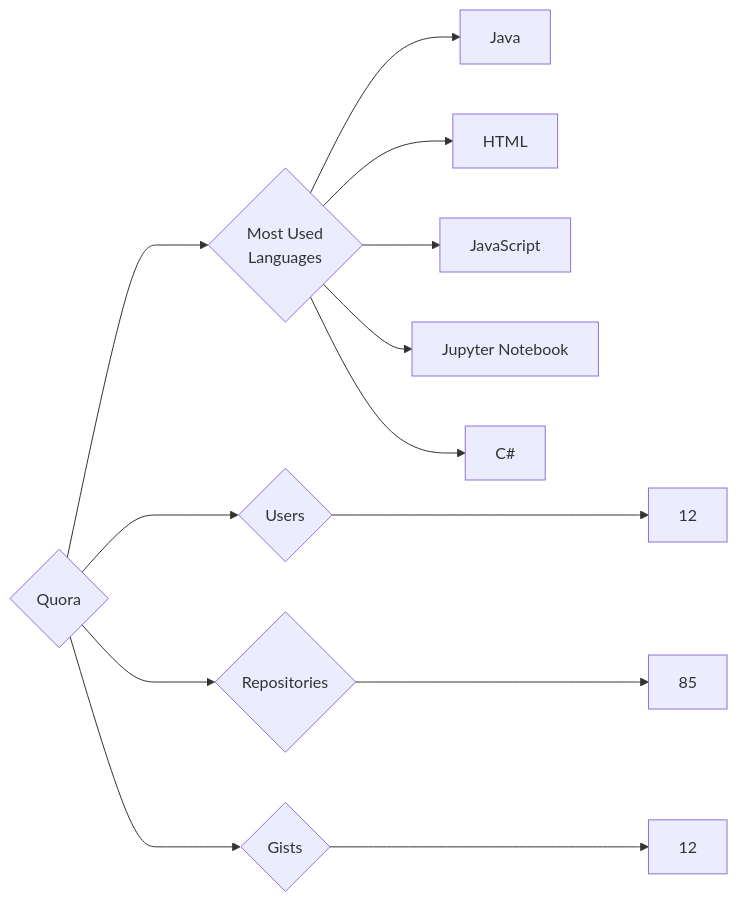
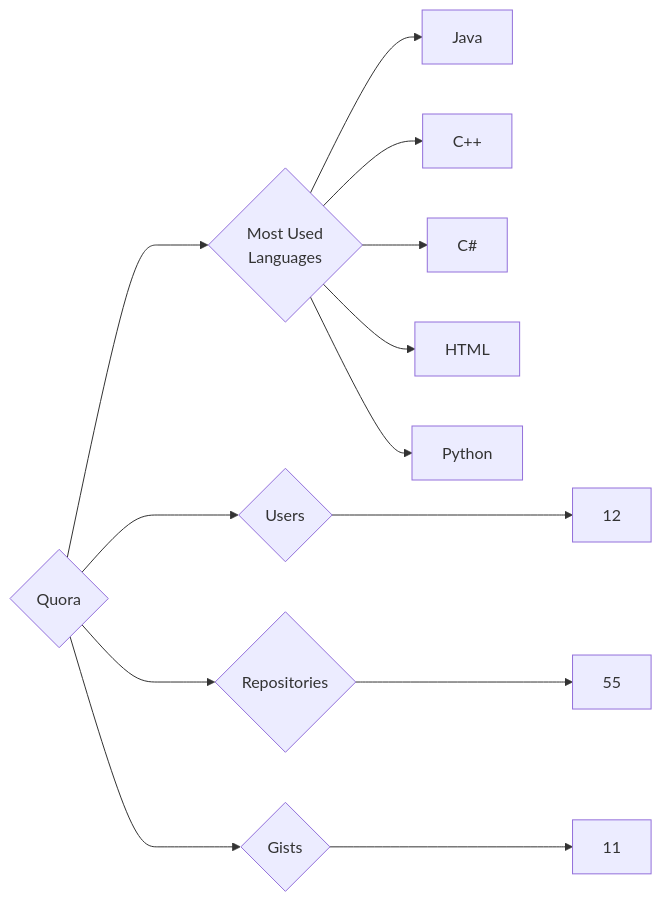
Before and after one commit to trickest/insiders: the diagram in targets/Quora/README.md, drawn with Mermaid. The commit also changed 1479 other files, not shown here.

````diff
--- a/targets/Quora/README.md
+++ b/targets/Quora/README.md
@@ -3,13 +3,13 @@
 ```mermaid
 graph LR
 COMPANY_NAME{Quora}
 COMPANY_NAME ---> U{Users} ---> UN[12]
-COMPANY_NAME ---> R{Repositories} ---> RN[85]
-COMPANY_NAME ---> G{Gists} ---> GN[12]
+COMPANY_NAME ---> R{Repositories} ---> RN[55]
+COMPANY_NAME ---> G{Gists} ---> GN[11]
 COMPANY_NAME ---> ML{Most Used<br>Languages}
 ML --> Java[Java]
+ML --> C++[C++]
+ML --> C#[C#]
 ML --> HTML[HTML]
-ML --> JavaScript[JavaScript]
-ML --> Jupyter_Notebook[Jupyter Notebook]
-ML --> C#[C#]
+ML --> Python[Python]
 ```
````
